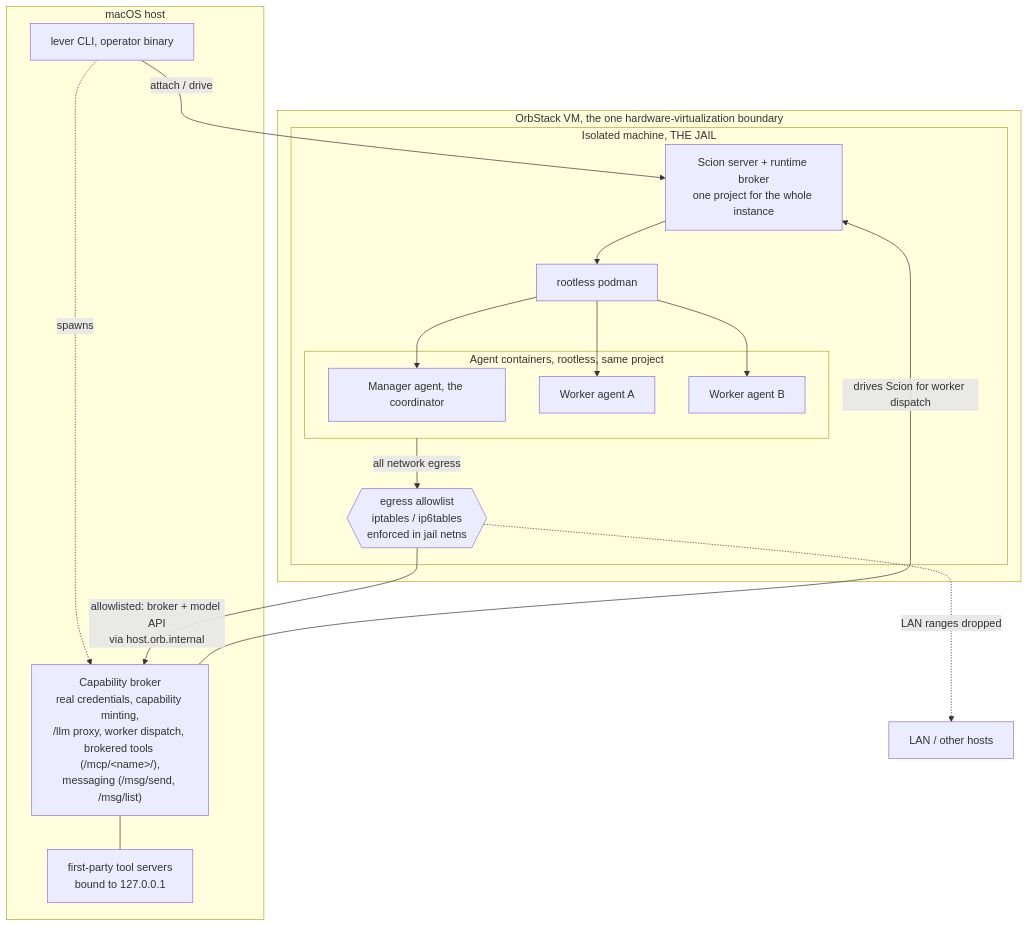
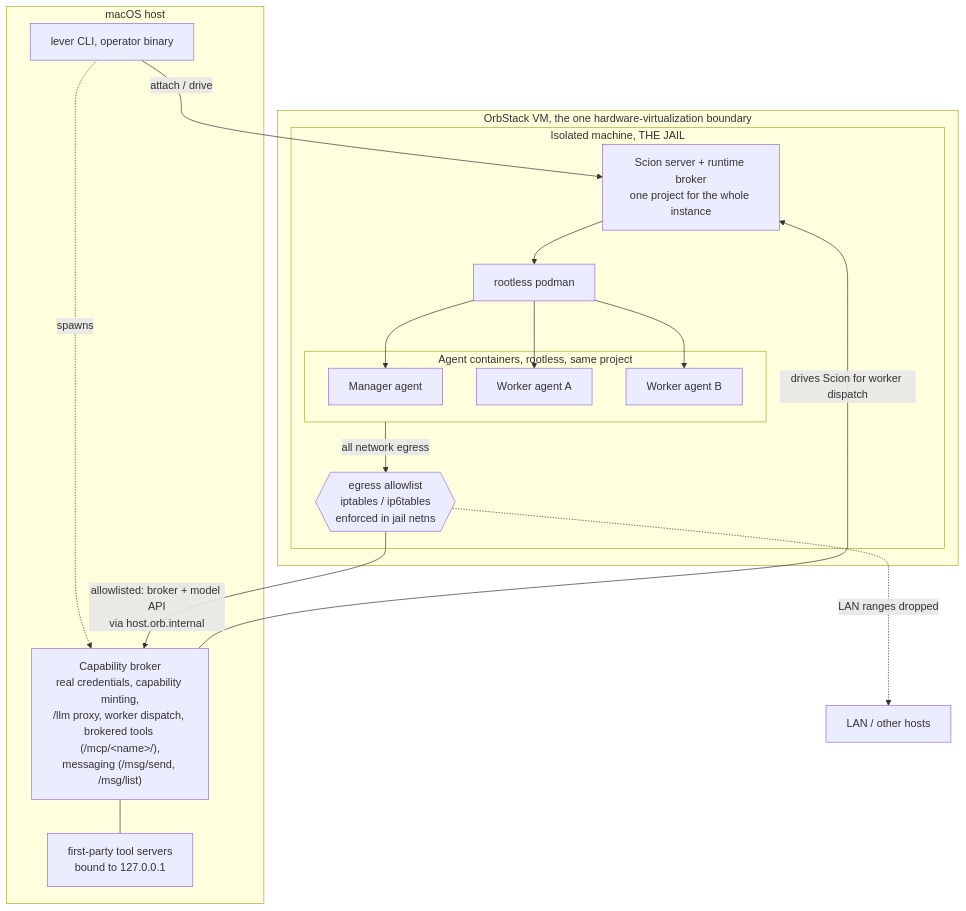
The first of 3 diagrams in docs-site/_guides/architecture.md (stevegeek/lever), drawn with Mermaid before and after one commit. The commit also changed other lines of this file and 29 other files, not shown here.

````diff
--- a/docs-site/_guides/architecture.md
+++ b/docs-site/_guides/architecture.md
@@ -26,31 +23,31 @@
 ```mermaid
 graph TD
     subgraph host[macOS host]
         L[lever CLI, operator binary]
         BK["Capability broker<br/>real credentials, capability minting,<br/>/llm proxy, worker dispatch, brokered tools (/mcp/&lt;name&gt;/),<br/>messaging (/msg/send, /msg/list)"]
         MCP[first-party tool servers<br/>bound to 127.0.0.1]
     end
     subgraph vm[OrbStack VM, the one hardware-virtualization boundary]
         subgraph jail[Isolated machine, THE JAIL]
             SS["Scion server + runtime broker<br/>one project for the whole instance"]
             RD[rootless podman]
             FW{{egress allowlist<br/>iptables / ip6tables<br/>enforced in jail netns}}
             subgraph agents[Agent containers, rootless, same project]
-                MGR[Manager agent, the coordinator]
+                MGR[Manager agent]
                 WA[Worker agent A]
                 WB[Worker agent B]
             end
         end
     end
     L -->|attach / drive| SS
     L -.->|spawns| BK
     SS --> RD
     RD --> MGR
     RD --> WA
     RD --> WB
     BK --- MCP
     BK -->|drives Scion for worker dispatch| SS
     agents -->|all network egress| FW
     FW -->|"allowlisted: broker + model API<br/>via host.orb.internal"| BK
     FW -.->|LAN ranges dropped| LAN[LAN / other hosts]
 ```
````
